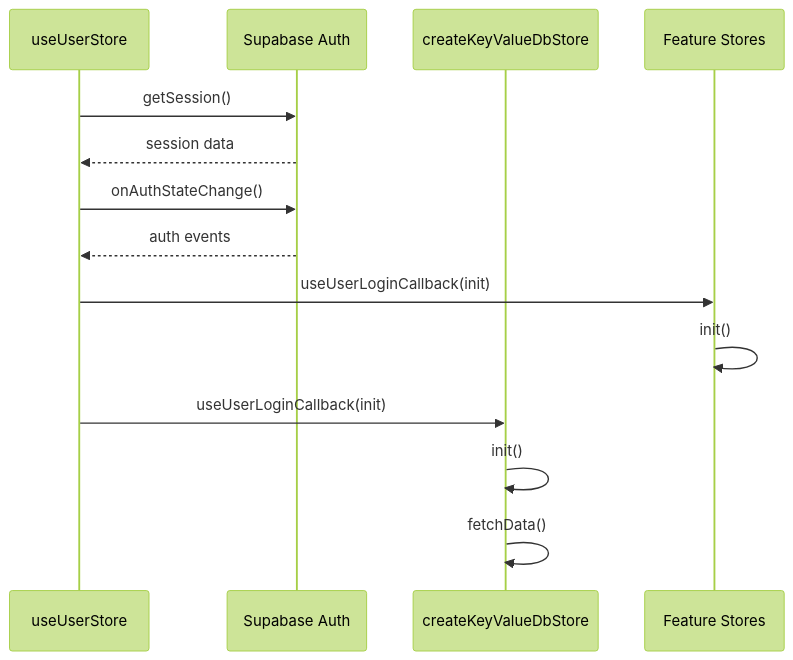
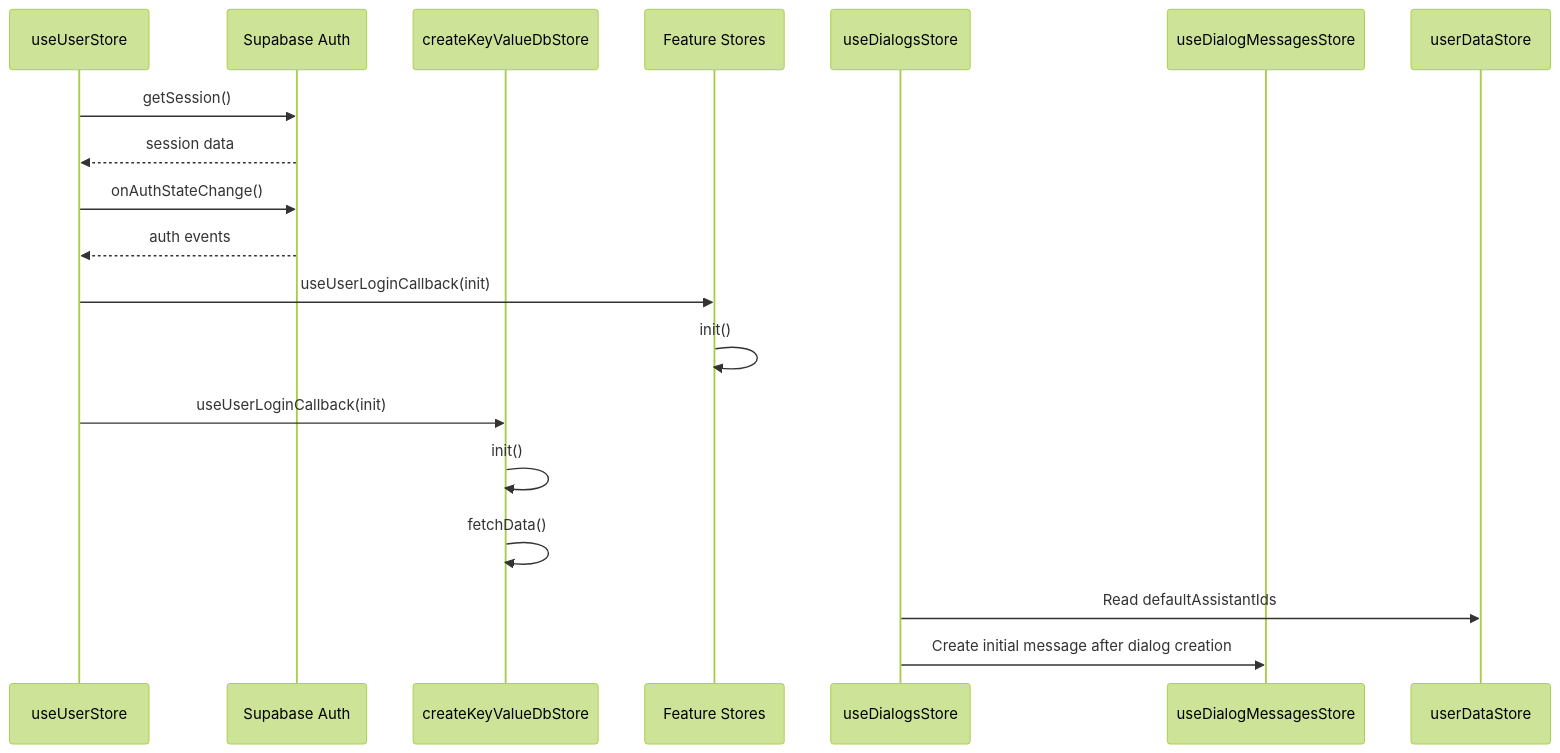
One commit to dasein108/AIaW changed the fifth of 6 diagrams in src/docs/STORE_DIAGRAM.md. Above: the diagram before and after it, drawn with Mermaid (forest theme). The commit also changed other lines of this file and 7 other files, not shown here.

Commit message:
refact: dialog store

````diff
--- a/src/docs/STORE_DIAGRAM.md
+++ b/src/docs/STORE_DIAGRAM.md
@@ -115,19 +122,25 @@
 ```mermaid
 sequenceDiagram
     participant UserStore as useUserStore
     participant Auth as Supabase Auth
     participant KeyValueStore as createKeyValueDbStore
     participant FeatureStore as Feature Stores
-    
+    participant DialogsStore as useDialogsStore
+    participant DialogMessagesStore as useDialogMessagesStore
+    participant UserDataStore as userDataStore
+
     UserStore->>Auth: getSession()
     Auth-->>UserStore: session data
     UserStore->>Auth: onAuthStateChange()
     Auth-->>UserStore: auth events
-    
+
     UserStore->>FeatureStore: useUserLoginCallback(init)
     FeatureStore->>FeatureStore: init()
-    
+
     UserStore->>KeyValueStore: useUserLoginCallback(init)
     KeyValueStore->>KeyValueStore: init()
     KeyValueStore->>KeyValueStore: fetchData()
+
+    DialogsStore->>UserDataStore: Read defaultAssistantIds
+    DialogsStore->>DialogMessagesStore: Create initial message after dialog creation
 ```
````
